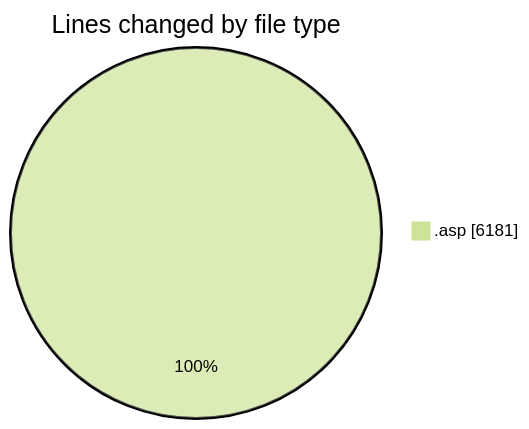
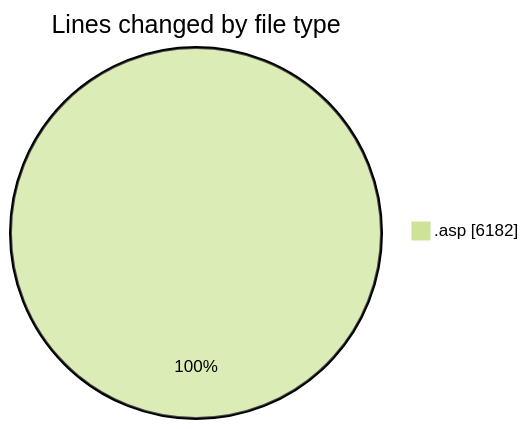
Before and after one commit to julien-gomy/code-tracking: the first of 2 diagrams in 2025-11-28/cdp_aleoudev_fr__workspace_/README.md, drawn with Mermaid (forest theme). The commit also changed other lines of this file and 1 other file, not shown here.

````diff
--- a/2025-11-28/cdp_aleoudev_fr__workspace_/README.md
+++ b/2025-11-28/cdp_aleoudev_fr__workspace_/README.md
@@ -22,5 +22,5 @@
 ```mermaid
 pie showData
 title Lines changed by file type
-".asp" : 6181
+".asp" : 6182
 ```
````
